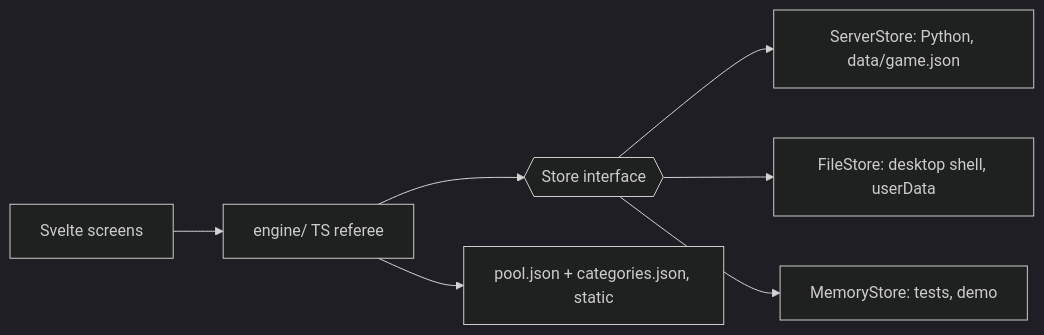
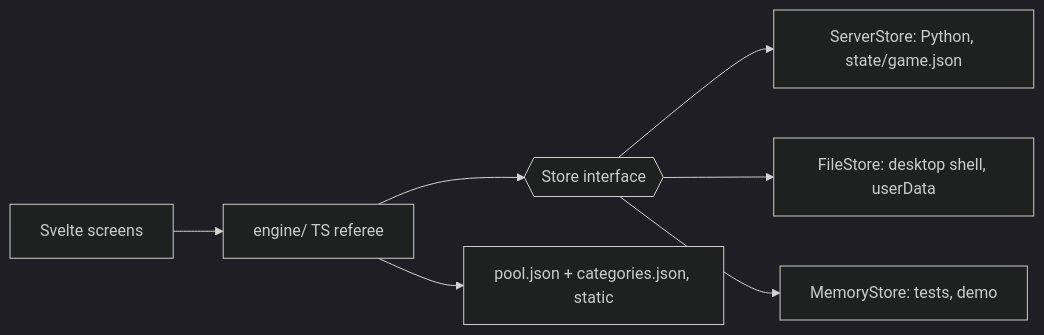
One commit to rubenmoor/trivia changed the diagram in plans/12-client-engine.md. Above: the diagram before and after it, drawn with Mermaid (dark theme). The commit also changed other lines of this file and 141 other files, not shown here.

````diff
--- a/plans/12-client-engine.md
+++ b/plans/12-client-engine.md
@@ -17,9 +17,9 @@
 ```mermaid
 flowchart LR
   UI[Svelte screens] --> Engine[engine/ TS referee]
   Engine --> Store{{Store interface}}
-  Store --> S1[ServerStore: Python, data/game.json]
+  Store --> S1[ServerStore: Python, state/game.json]
   Store --> S2[FileStore: desktop shell, userData]
   Store --> S3[MemoryStore: tests, demo]
   Engine --> Pool[pool.json + categories.json, static]
 ```
````
